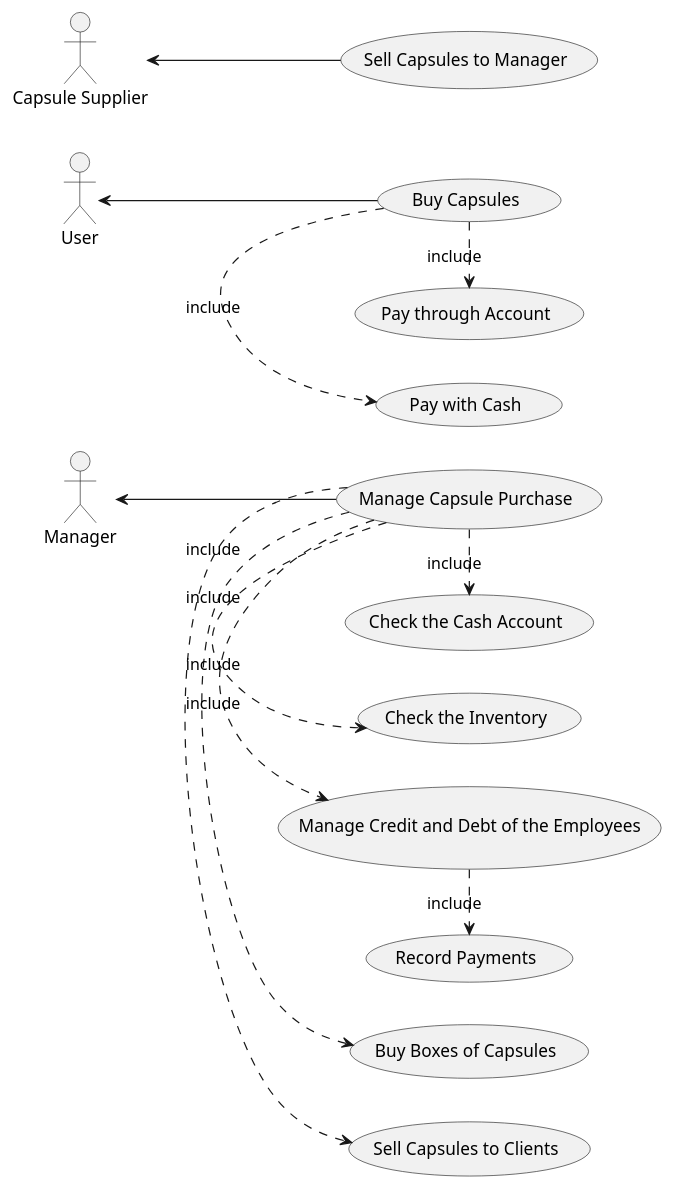
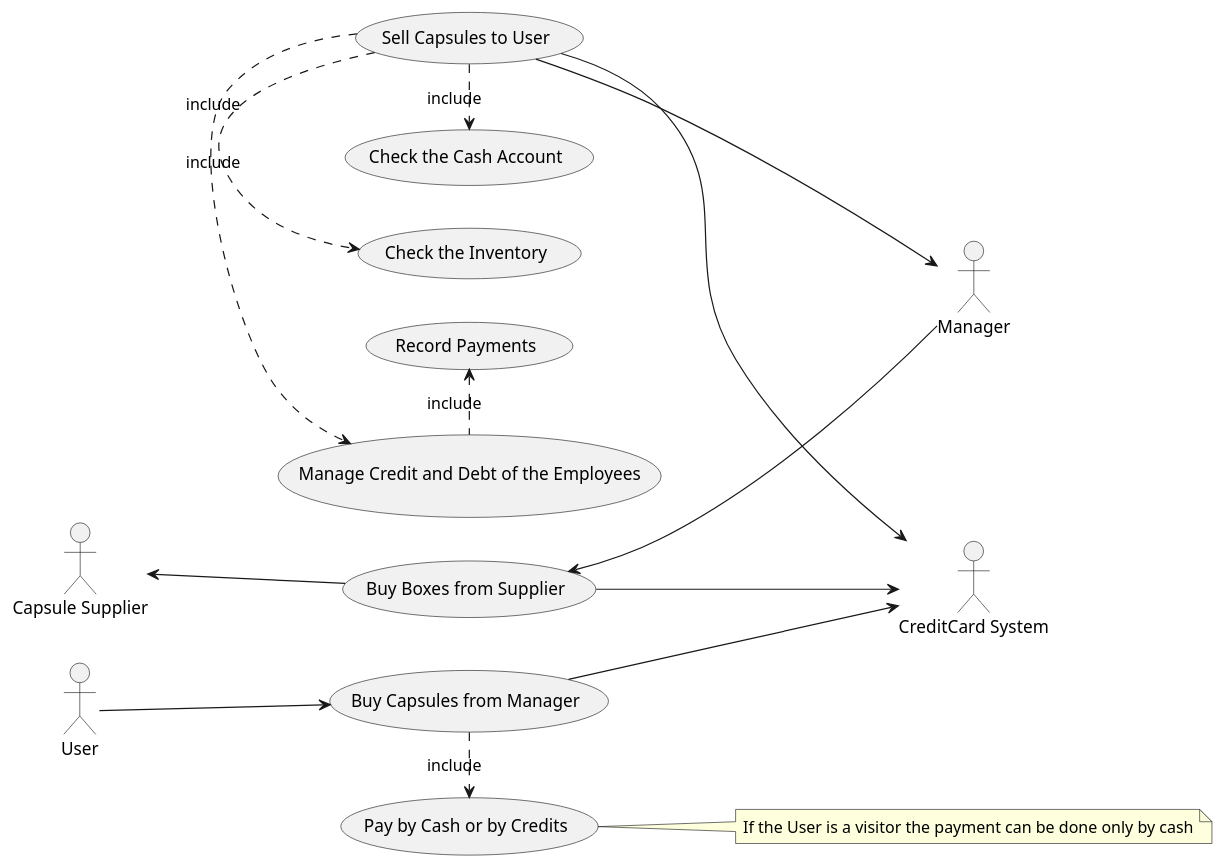
Before and after one commit to SimoneDutto/LaTazza: the second of 3 diagrams in templates/RequirementsTemplate.md, drawn with PlantUML. The commit also changed other lines of this file, not shown here.

````diff
--- a/templates/RequirementsTemplate.md
+++ b/templates/RequirementsTemplate.md
@@ -100,25 +100,33 @@
 ```plantuml
+
 left to right direction
 skinparam packageStyle rectangle
 
 actor Manager as m
 actor User as u
 actor "Capsule Supplier" as s
+actor "CreditCard System" as c
 
-m <-- (Manage Capsule Purchase)
+(Buy Boxes from Supplier) <-- m
+s <-- (Buy Boxes from Supplier)
 
-(Manage Capsule Purchase) .> (Sell Capsules to Clients): include
-(Manage Capsule Purchase) .> (Buy Boxes of Capsules): include
-(Manage Capsule Purchase) .> (Manage Credit and Debt of the Employees): include
-(Manage Capsule Purchase) .> (Check the Inventory): include
-(Manage Capsule Purchase) .> (Check the Cash Account): include
+u --> (Buy Capsules from Manager)
+(Sell Capsules to User) --> m
 
-(Manage Credit and Debt of the Employees) .> (Record Payments): include
+(Buy Boxes from Supplier) --> c
+(Buy Capsules from Manager) --> c
+(Sell Capsules to User) --> c
 
-u <-- (Buy Capsules)
+(Sell Capsules to User) .> (Check the Inventory): include
+(Sell Capsules to User) .> (Check the Cash Account): include
+(Sell Capsules to User) .> (Manage Credit and Debt of the Employees): include
 
-(Buy Capsules) .> (Pay with Cash): include
-(Buy Capsules) .> (Pay through Account): include
 
-s <-- (Sell Capsules to Manager)
+(Record Payments) <. (Manage Credit and Debt of the Employees): include
+
+
+(Buy Capsules from Manager) .> (Pay by Cash or by Credits): include
+note "If the User is a visitor the payment can be done only by cash" as n
+(Pay by Cash or by Credits) -- n
+
 ```
````
